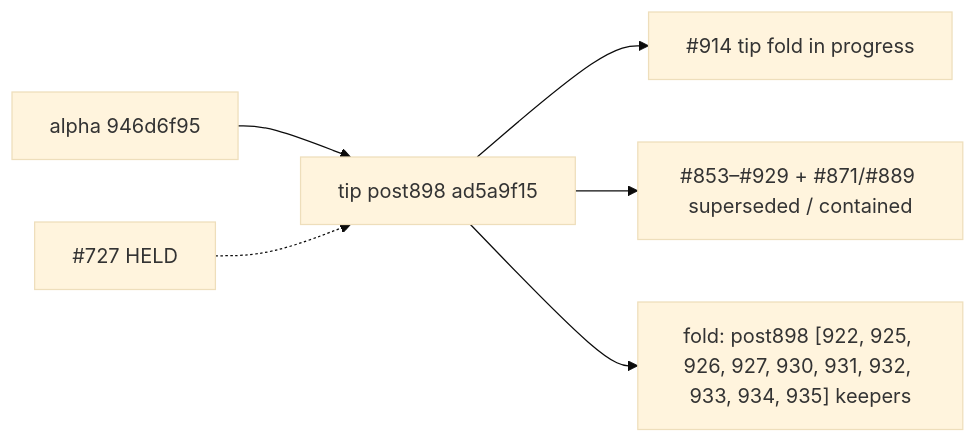
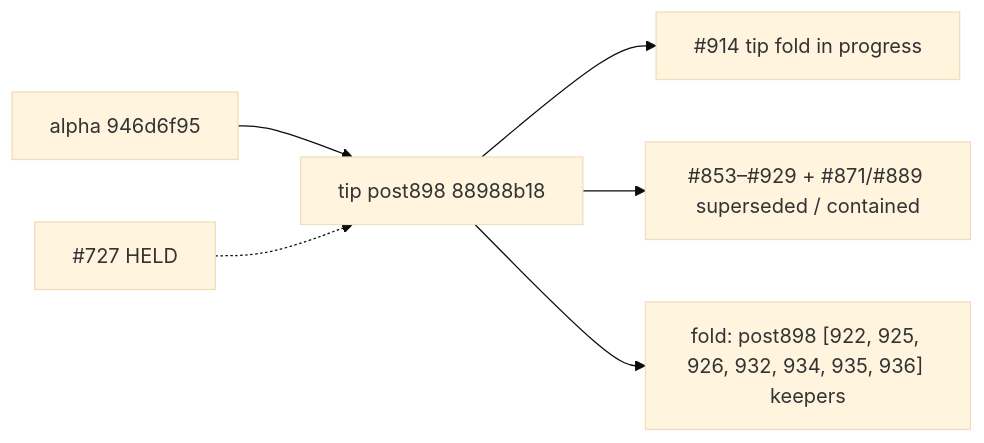
Before and after one commit to fuzzywigg/math-pentathlon: the second of 2 diagrams in docs/dev/open-draft-triage-post898-v4-2026-10-10.md, drawn with Mermaid (base theme). The commit also changed other lines of this file and 2 other files, not shown here.

First line of the commit message:
docs(q-mp-444): remeasure triage v4 @ tip 88988b18

````diff
--- a/docs/dev/open-draft-triage-post898-v4-2026-10-10.md
+++ b/docs/dev/open-draft-triage-post898-v4-2026-10-10.md
@@ -121,8 +121,8 @@
 ```mermaid
 flowchart LR
-  alphaCut["alpha 946d6f95"] --> tip898["tip post898 ad5a9f15"]
+  alphaCut["alpha 946d6f95"] --> tip898["tip post898 88988b18"]
   tip898 --> tipPr["#914 tip fold in progress"]
   tip898 --> supersededStack["#853–#929 + #871/#889 superseded / contained"]
-  tip898 --> foldReady["fold: post898 [922, 925, 926, 927, 930, 931, 932, 933, 934, 935] keepers"]
+  tip898 --> foldReady["fold: post898 [922, 925, 926, 932, 934, 935, 936] keepers"]
   held727["#727 HELD"] -.-> tip898
 ```
````
